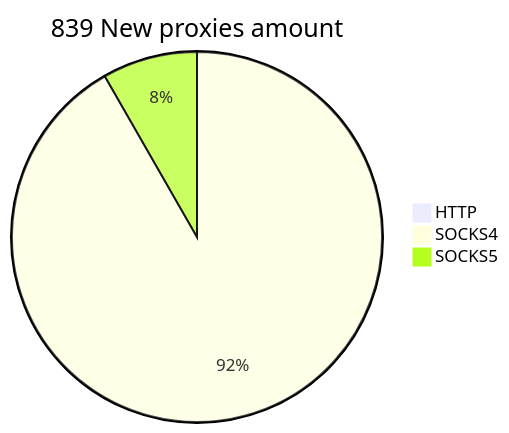
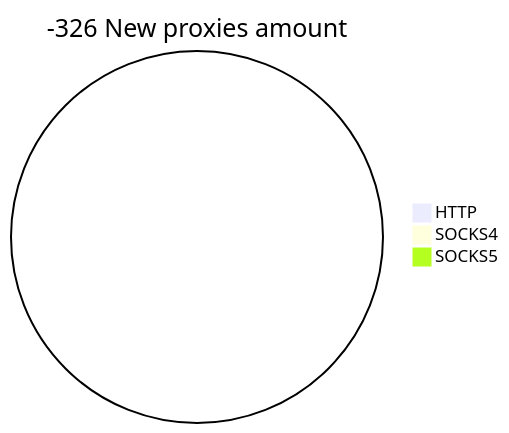
The second of 2 diagrams in README.md (cutipu/proxylist), drawn with Mermaid before and after one commit. The commit also changed other lines of this file, not shown here.

````diff
--- a/README.md
+++ b/README.md
@@ -10,6 +10,6 @@
 ```mermaid
-pie title 839 New proxies amount
+pie title -326 New proxies amount
     "HTTP" : 0
-    "SOCKS4" : 919
-    "SOCKS5" : 83
+    "SOCKS4" : 0
+    "SOCKS5" : 0
 ```
````
